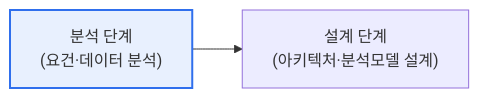
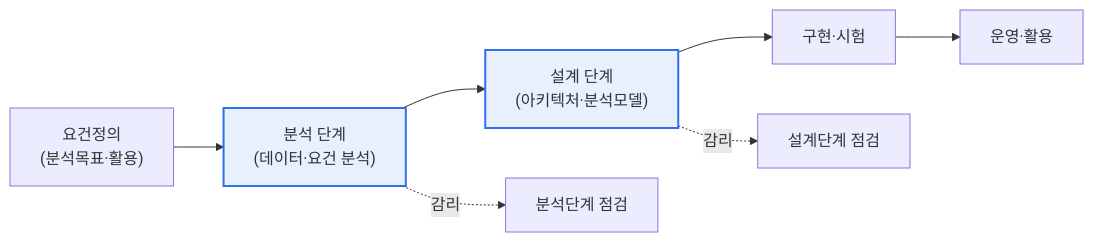
The first of 2 diagrams in content/bigdata-audit.md (coninggu/wjdqhrhksflrltnftk), drawn with Mermaid before and after one commit. The commit also changed other lines of this file and 3 other files, not shown here.

````diff
--- a/content/bigdata-audit.md
+++ b/content/bigdata-audit.md
@@ -15,5 +21,10 @@
 ```mermaid
 flowchart LR
-  A["분석 단계<br/>(요건·데이터 분석)"] --> D["설계 단계<br/>(아키텍처·분석모델 설계)"]
+  R["요건정의<br/>(분석목표·활용)"] --> A["분석 단계<br/>(데이터·요건 분석)"]
+  A --> D["설계 단계<br/>(아키텍처·분석모델)"]
+  D --> I["구현·시험"] --> O["운영·활용"]
+  A -.감리.-> AU1["분석단계 점검"]
+  D -.감리.-> AU2["설계단계 점검"]
   style A fill:#e8f0fe,stroke:#2f6fed,stroke-width:2px
+  style D fill:#e8f0fe,stroke:#2f6fed,stroke-width:2px
 ```
````
